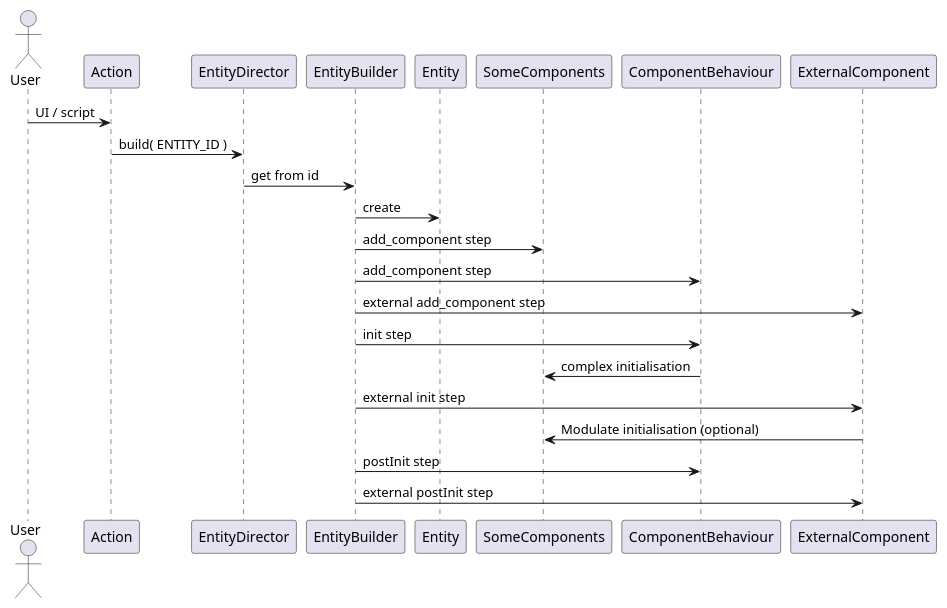
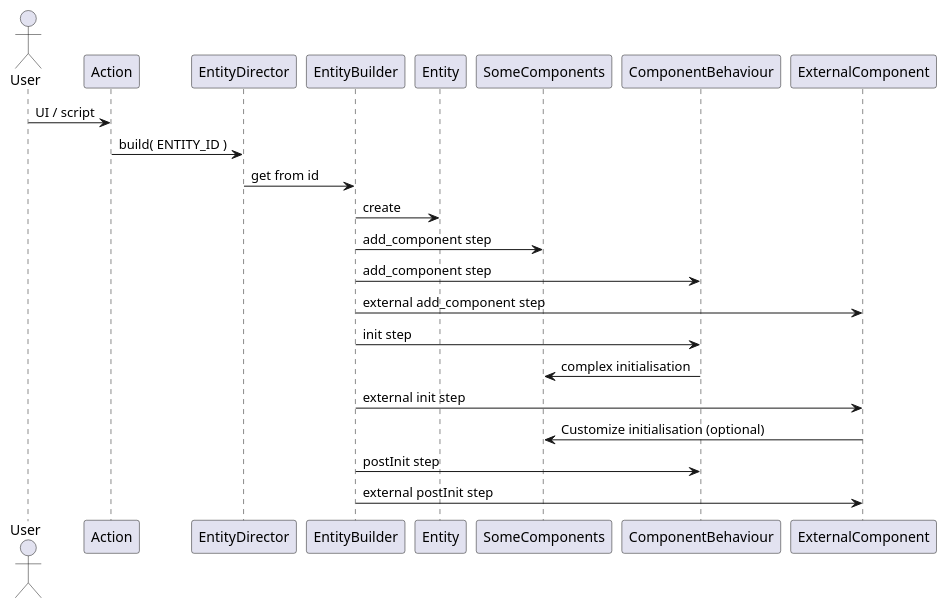
Before and after one commit to VTX-Molecular-Visualization/VTX: the sixth of 22 diagrams in DOCUMENTATION.md, drawn with PlantUML. The commit also changed other lines of this file and 4 other files, not shown here.

````diff
--- a/DOCUMENTATION.md
+++ b/DOCUMENTATION.md
@@ -223,29 +251,29 @@
 ```plantuml
 @startuml
 
 actor User
 participant Action
 participant EntityDirector
 participant EntityBuilder
 participant Entity
 participant SomeComponents
 participant ComponentBehaviour
 
 participant ExternalComponent
 
 User -> Action : UI / script
 Action -> EntityDirector : build( ENTITY_ID )
 EntityDirector -> EntityBuilder : get from id
 EntityBuilder -> Entity : create
 EntityBuilder -> SomeComponents : add_component step
 EntityBuilder -> ComponentBehaviour : add_component step
 EntityBuilder -> ExternalComponent : external add_component step
 EntityBuilder -> ComponentBehaviour : init step
 ComponentBehaviour -> SomeComponents : complex initialisation
 EntityBuilder -> ExternalComponent : external init step
-ExternalComponent -> SomeComponents : Modulate initialisation (optional)
+ExternalComponent -> SomeComponents : Customize initialisation (optional)
 EntityBuilder -> ComponentBehaviour : postInit step
 EntityBuilder -> ExternalComponent : external postInit step
 
 @enduml
 ```
````
